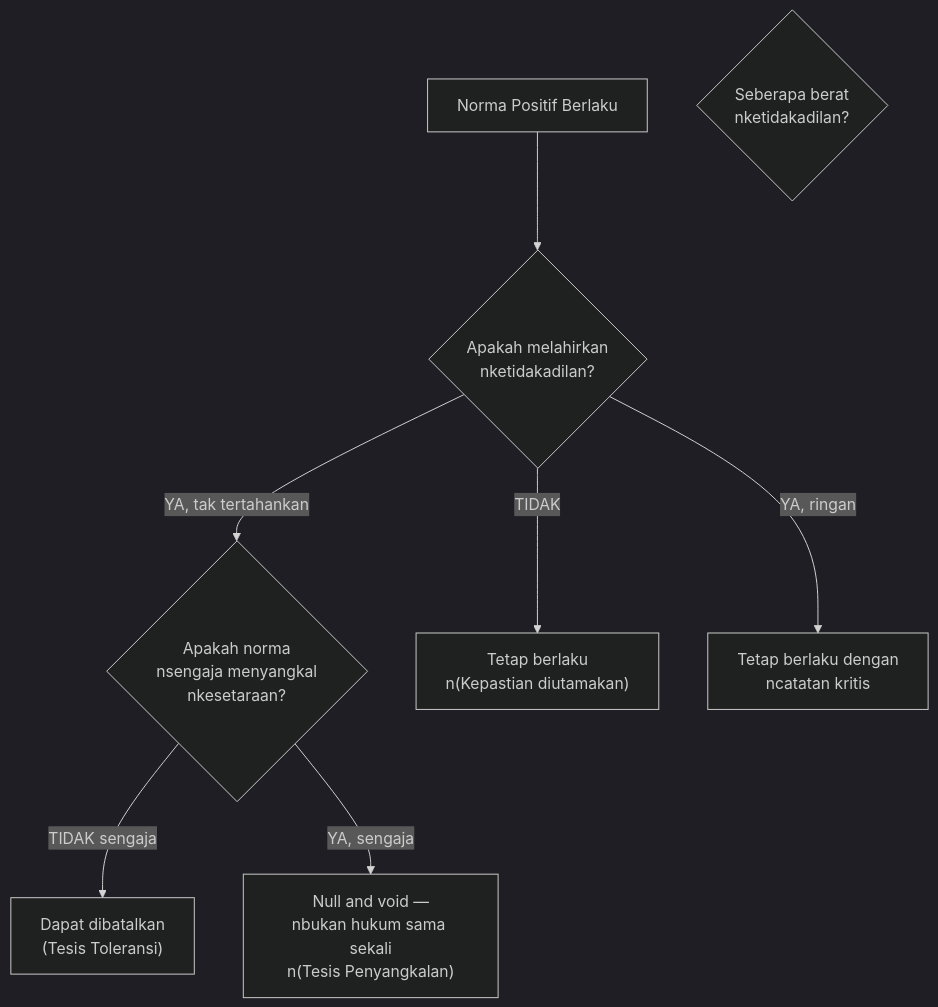
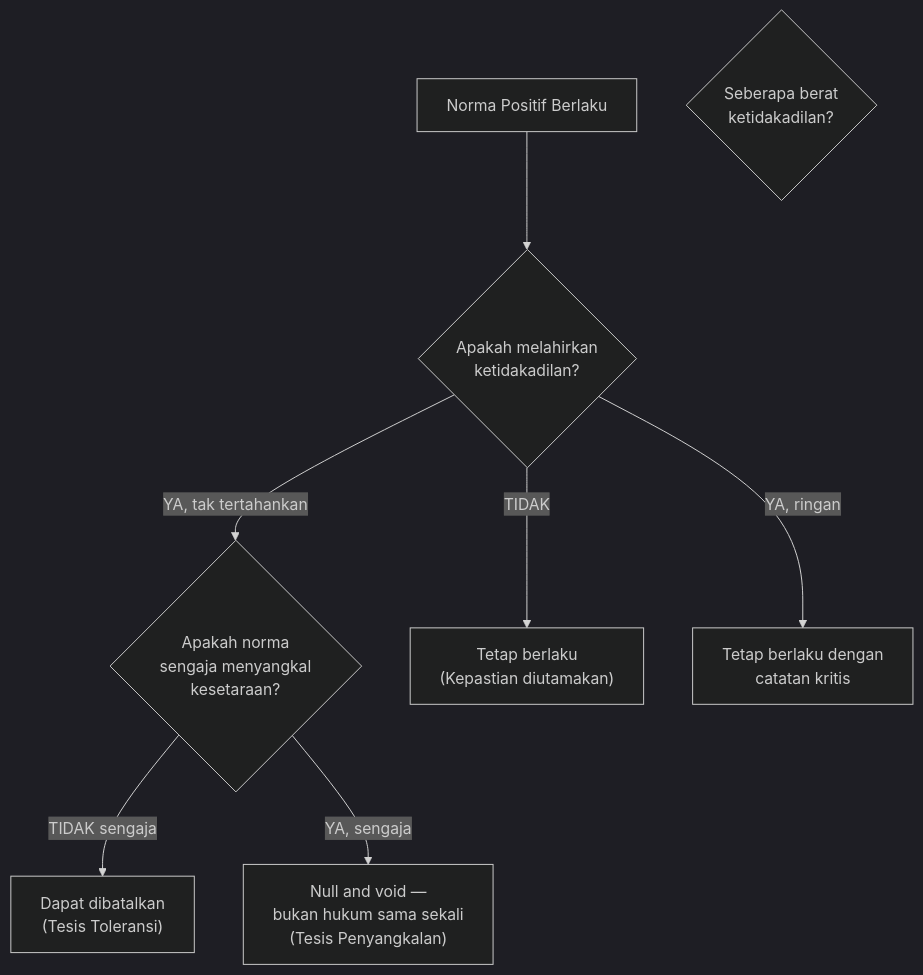
One commit to hifdzimaulana/beate-vivere changed the sixth of 10 diagrams in content/Lectures/filsafat-hukum-postmidterm.md. Above: the diagram before and after it, drawn with Mermaid (dark theme). The commit also changed other lines of this file and 1 other file, not shown here.

````diff
--- a/content/Lectures/filsafat-hukum-postmidterm.md
+++ b/content/Lectures/filsafat-hukum-postmidterm.md
@@ -390,19 +369,18 @@
 ```mermaid
 graph TD
     Start["Norma Positif Berlaku"]
-    Q1{"Apakah melahirkan<br/>nketidakadilan?"}
-    Q2{"Seberapa berat<br/>nketidakadilan?"}
-    Q3{"Apakah norma<br/>nsengaja menyangkal<br/>nkesetaraan?"}
-    A["Tetap berlaku<br/>n(Kepastian diutamakan)"]
-    B["Tetap berlaku dengan<br/>ncatatan kritis"]
-    C["Dapat dibatalkan
-(Tesis Toleransi)"]
-    D["Null and void —<br/>nbukan hukum sama sekali<br/>n(Tesis Penyangkalan)"]
+    Q1{"Apakah melahirkan</br>ketidakadilan?"}
+    Q2{"Seberapa berat</br>ketidakadilan?"}
+    Q3{"Apakah norma</br>sengaja menyangkal</br>kesetaraan?"}
+    A["Tetap berlaku</br>(Kepastian diutamakan)"]
+    B["Tetap berlaku dengan</br>catatan kritis"]
+    C["Dapat dibatalkan</br>(Tesis Toleransi)"]
+    D["Null and void —</br>bukan hukum sama sekali</br>(Tesis Penyangkalan)"]
 
     Start --> Q1
     Q1 --> |"TIDAK"| A
     Q1 --> |"YA, ringan"| B
     Q1 --> |"YA, tak tertahankan"| Q3
     Q3 --> |"TIDAK sengaja"| C
     Q3 --> |"YA, sengaja"| D
 ```
````
